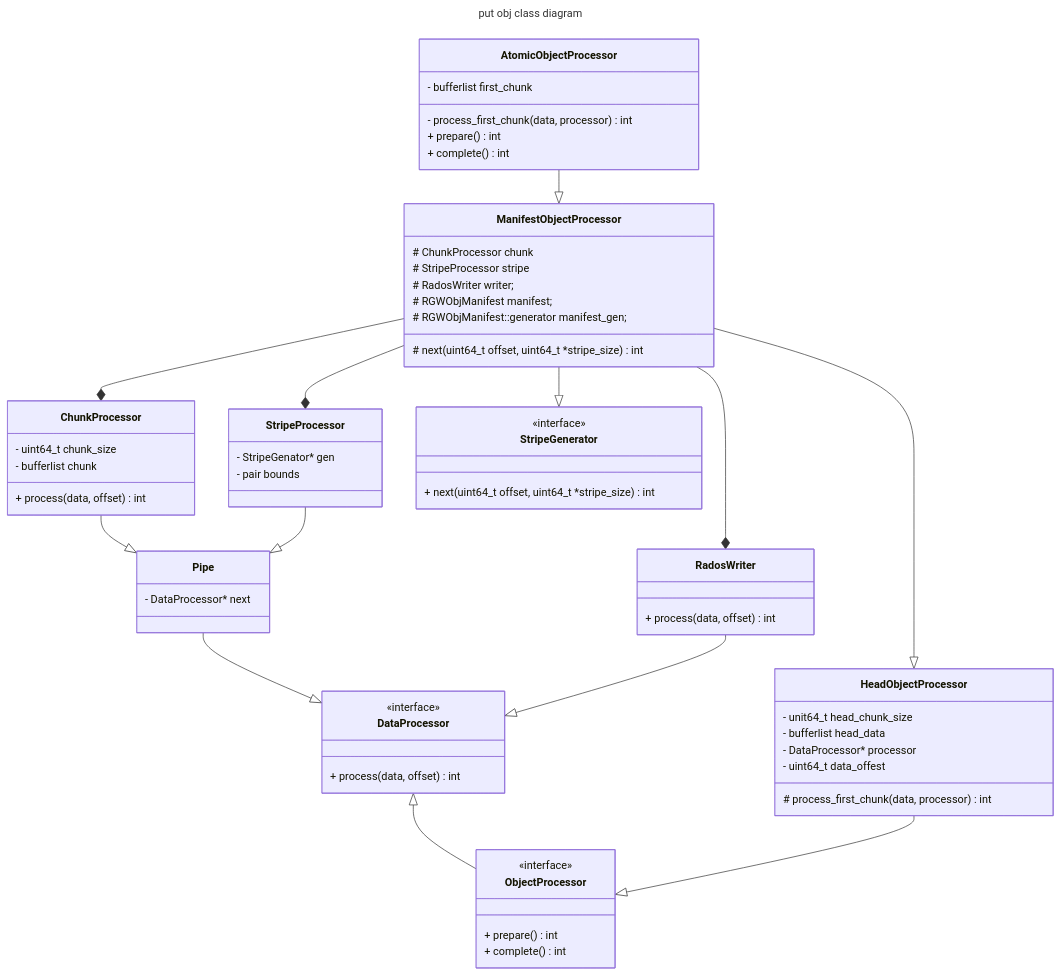
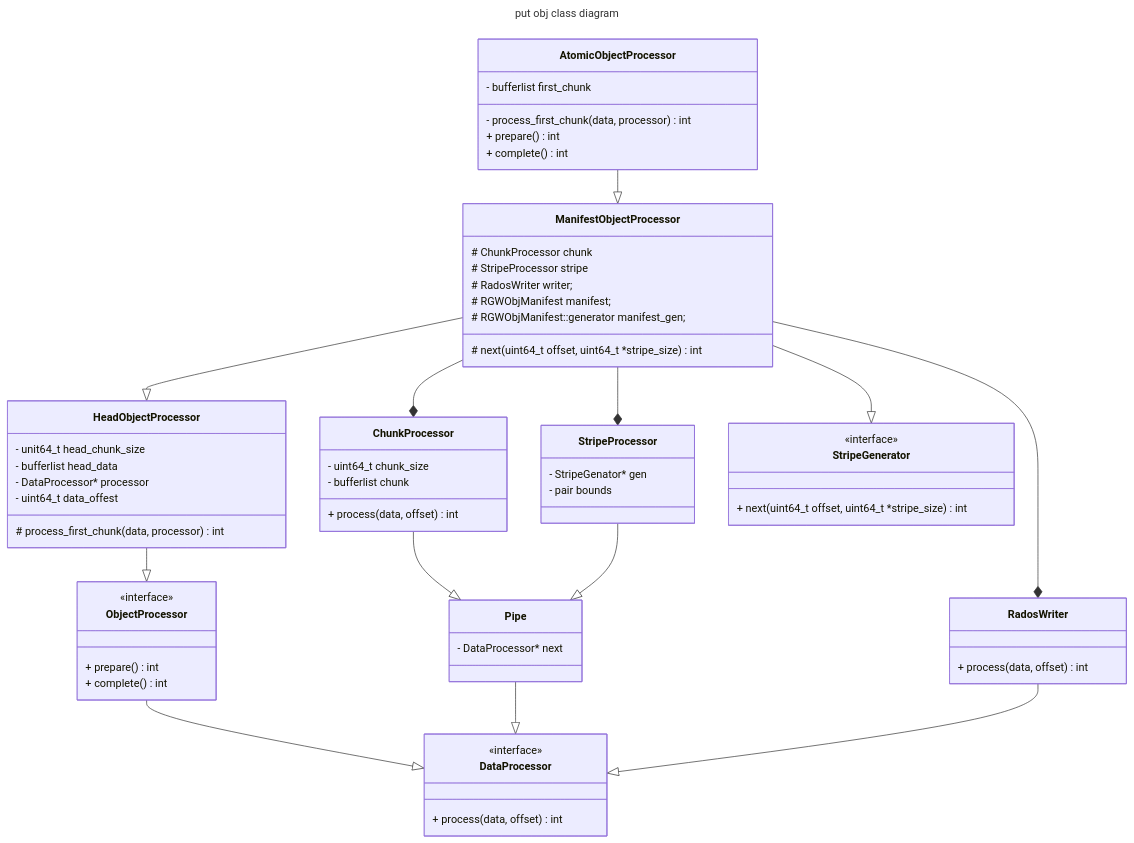
Before and after one commit to liutimo/liutimo.github.io: the first of 2 diagrams in source/_posts/rgw-put-obj-atomic.md, drawn with Mermaid. The commit also changed other lines of this file and 1 other file, not shown here.

Commit message:
plantuml 更换为mermaid

````diff
--- a/source/_posts/rgw-put-obj-atomic.md
+++ b/source/_posts/rgw-put-obj-atomic.md
@@ -17,80 +17,79 @@
 ```mermaid
 ---
 title: put obj class diagram
 theme: default
 ---
 classDiagram
   class DataProcessor {
     <<interface>>
     + process(data, offset) int
   }
   class ObjectProcessor {
     <<interface>>
     + prepare() int
     + complete() int
   }
-  DataProcessor <|-- ObjectProcessor
-
+  ObjectProcessor --|> DataProcessor
   class Pipe {
     - DataProcessor* next
   }
 
   Pipe --|> DataProcessor
 
   class ChunkProcessor {
     - uint64_t chunk_size
     - bufferlist chunk
     + process(data, offset) int
   }
 
   class StripeProcessor {
     - StripeGenator* gen
     - pair<uint64_t, uint64_t> bounds
   }
 
   ChunkProcessor --|> Pipe
   StripeProcessor --|> Pipe
 
   class RadosWriter {
     + process(data, offset) int
   }
   RadosWriter --|> DataProcessor
 
   class HeadObjectProcessor {
     - unit64_t head_chunk_size 
     - bufferlist head_data
     - DataProcessor* processor
     - uint64_t data_offest
     # process_first_chunk(data, processor) int
   }
   HeadObjectProcessor --|> ObjectProcessor
 
   class StripeGenerator {
     <<interface>>
     + next(uint64_t offset, uint64_t *stripe_size) int
   }
 
   class ManifestObjectProcessor {
     # ChunkProcessor chunk
     # StripeProcessor stripe
     # RadosWriter writer;
     # RGWObjManifest manifest;
     # RGWObjManifest::generator manifest_gen;
     # next(uint64_t offset, uint64_t *stripe_size) int
   }
   ManifestObjectProcessor --* RadosWriter
   ManifestObjectProcessor --* ChunkProcessor
   ManifestObjectProcessor --* StripeProcessor
 
   ManifestObjectProcessor --|> StripeGenerator
   ManifestObjectProcessor --|> HeadObjectProcessor
 
   class AtomicObjectProcessor {
     - bufferlist first_chunk
     - process_first_chunk(data, processor) int
     + prepare() int
     + complete() int
   }
 
   AtomicObjectProcessor --|> ManifestObjectProcessor
 ```
````
